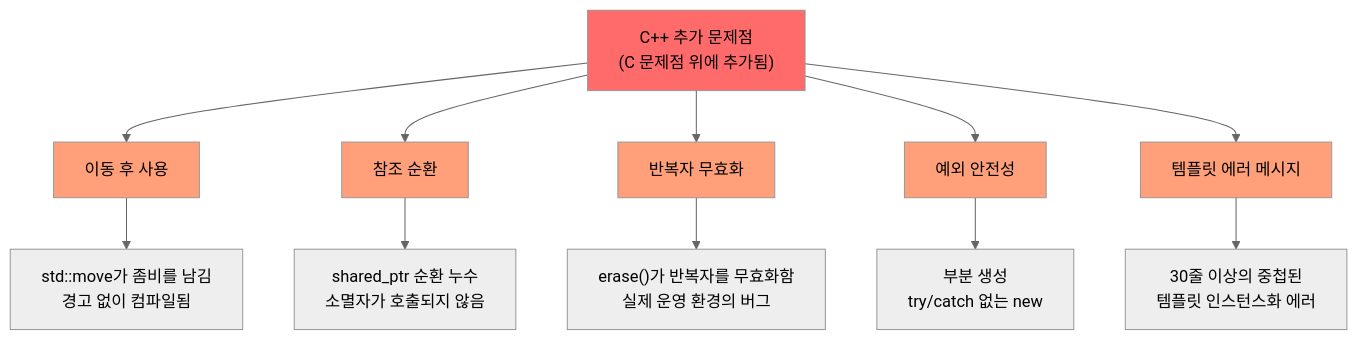
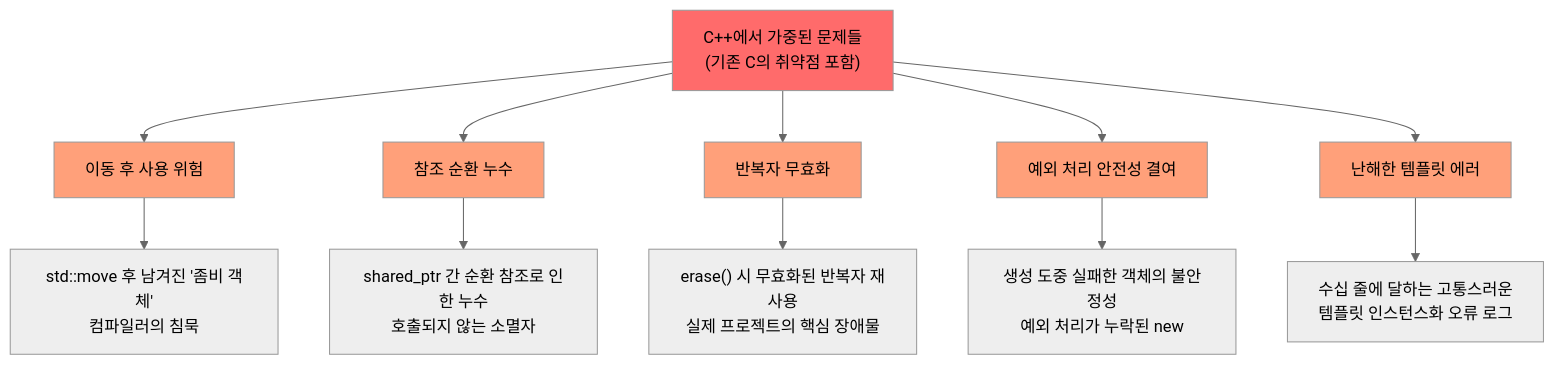
Before and after one commit to partrita/RustTraining: the second of 3 diagrams in c-cpp-book/src/ch01-1-why-c-cpp-developers-need-rust.md, drawn with Mermaid (neutral theme). The commit also changed other lines of this file and 157 other files, not shown here.

````diff
--- a/c-cpp-book/src/ch01-1-why-c-cpp-developers-need-rust.md
+++ b/c-cpp-book/src/ch01-1-why-c-cpp-developers-need-rust.md
@@ -262,21 +226,21 @@
 ```mermaid
 graph TD
-    ROOT["C++ 추가 문제점<br/>(C 문제점 위에 추가됨)"] --> UAM["이동 후 사용"]
-    ROOT --> CYCLE["참조 순환"]
+    ROOT["C++에서 가중된 문제들<br/>(기존 C의 취약점 포함)"] --> UAM["이동 후 사용 위험"]
+    ROOT --> CYCLE["참조 순환 누수"]
     ROOT --> ITER["반복자 무효화"]
-    ROOT --> EXC["예외 안전성"]
-    ROOT --> TMPL["템플릿 에러 메시지"]
+    ROOT --> EXC["예외 처리 안전성 결여"]
+    ROOT --> TMPL["난해한 템플릿 에러"]
 
-    UAM --> UAM1["std::move가 좀비를 남김<br/>경고 없이 컴파일됨"]
-    CYCLE --> CYCLE1["shared_ptr 순환 누수<br/>소멸자가 호출되지 않음"]
-    ITER --> ITER1["erase()가 반복자를 무효화함<br/>실제 운영 환경의 버그"]
-    EXC --> EXC1["부분 생성<br/>try/catch 없는 new"]
-    TMPL --> TMPL1["30줄 이상의 중첩된<br/>템플릿 인스턴스화 에러"]
+    UAM --> UAM1["std::move 후 남겨진 '좀비 객체'<br/>컴파일러의 침묵"]
+    CYCLE --> CYCLE1["shared_ptr 간 순환 참조로 인한 누수<br/>호출되지 않는 소멸자"]
+    ITER --> ITER1["erase() 시 무효화된 반복자 재사용<br/>실제 프로젝트의 핵심 장애물"]
+    EXC --> EXC1["생성 도중 실패한 객체의 불안정성<br/>예외 처리가 누락된 new"]
+    TMPL --> TMPL1["수십 줄에 달하는 고통스러운<br/>템플릿 인스턴스화 오류 로그"]
 
     style ROOT fill:#ff6b6b,color:#000
     style UAM fill:#ffa07a,color:#000
     style CYCLE fill:#ffa07a,color:#000
     style ITER fill:#ffa07a,color:#000
     style EXC fill:#ffa07a,color:#000
     style TMPL fill:#ffa07a,color:#000
 ```
````
